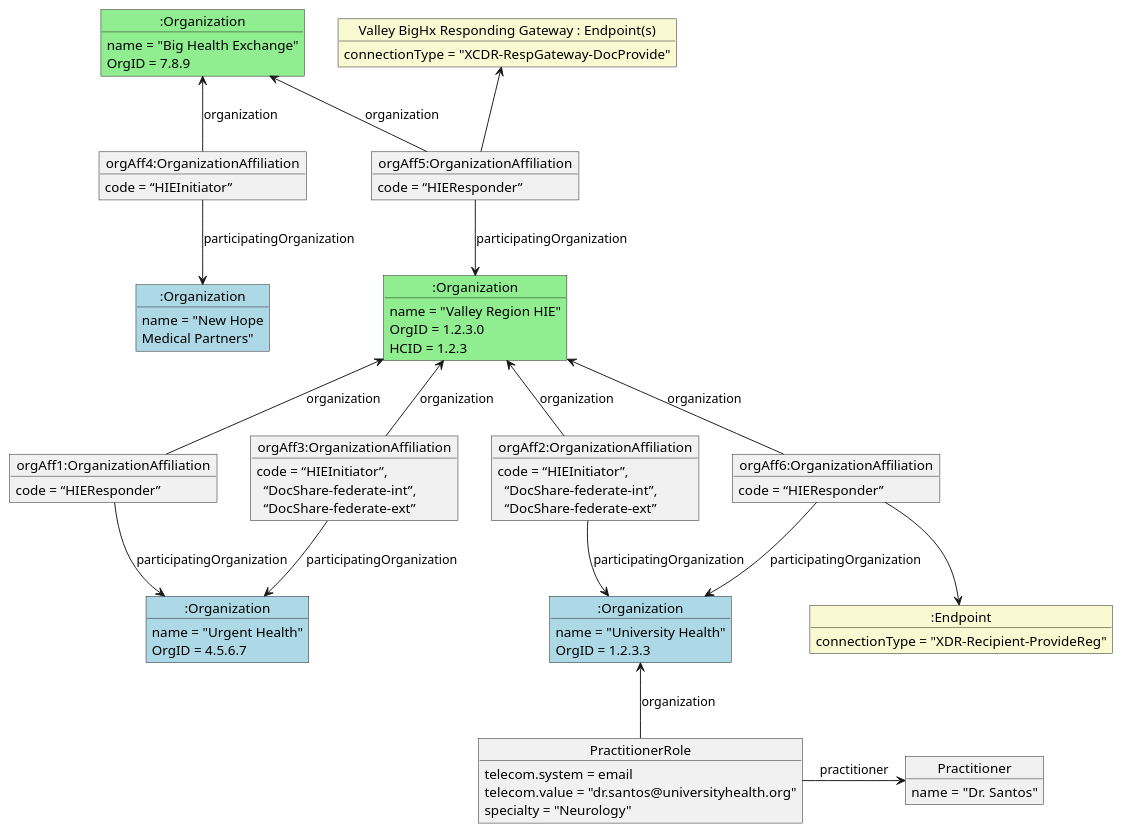
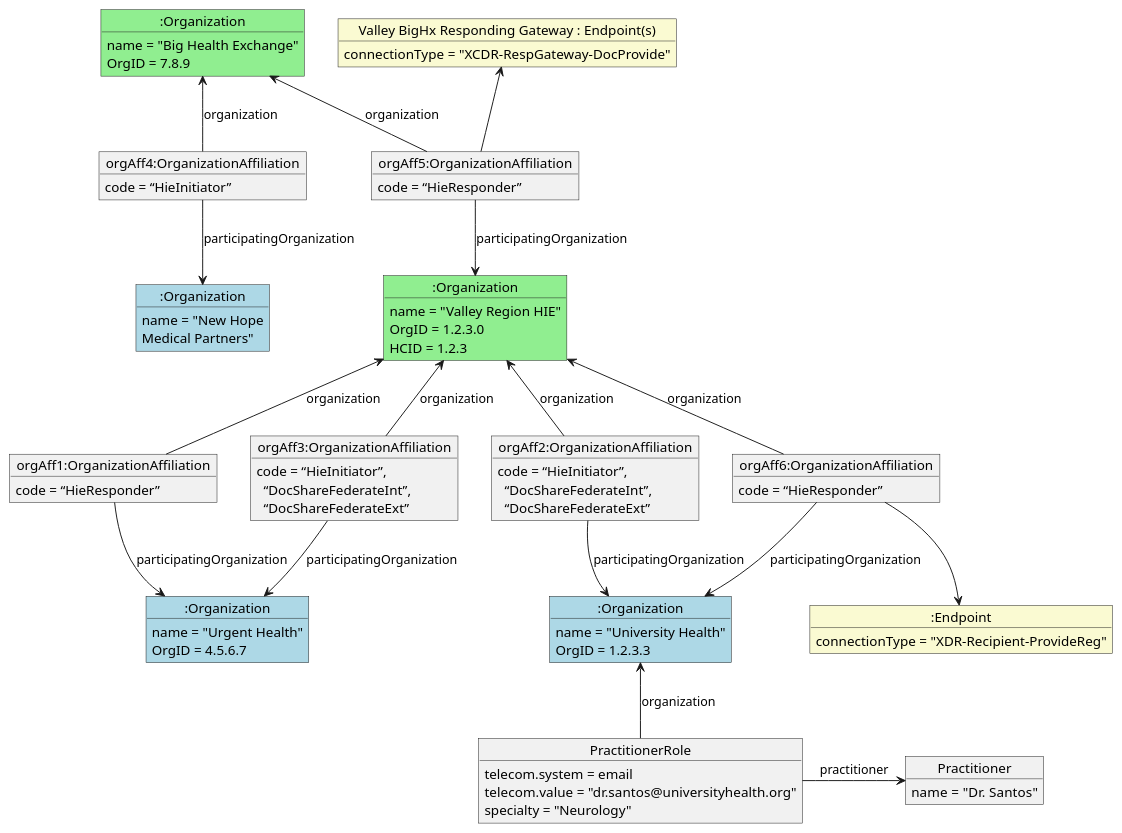
One commit to HL7/fhir-us-ndh changed the diagram in input/images-source/ITI-Comprehensive-multi-perspective.plantuml. Above: the diagram before and after it, drawn with PlantUML. The commit also changed 4 other files, not shown here.

```diff
--- a/input/images-source/ITI-Comprehensive-multi-perspective.plantuml
+++ b/input/images-source/ITI-Comprehensive-multi-perspective.plantuml
@@ -1,71 +1,71 @@
 @startuml
 
 object ":Organization" as nhie #lightgreen
 nhie : name = "Big Health Exchange"
 nhie : OrgID = 7.8.9
 
 object ":Organization" as Partners #LightBlue
 Partners : name = "New Hope\nMedical Partners"
 
 object "orgAff4:OrganizationAffiliation" as OrgAff4
-OrgAff4 : code = “HIEInitiator”
+OrgAff4 : code = “HieInitiator”
 OrgAff4 --> Partners : participatingOrganization
 nhie <-- OrgAff4 : organization
 
 object ":Organization" as hie #lightgreen
 hie : name = "Valley Region HIE"
 hie : OrgID = 1.2.3.0
 hie : HCID = 1.2.3
 
 object "orgAff5:OrganizationAffiliation" as OrgAff5
-OrgAff5 : code = “HIEResponder”
+OrgAff5 : code = “HieResponder”
 OrgAff5 --> hie : participatingOrganization
 nhie <-- OrgAff5 : organization
 
 object "Valley BigHx Responding Gateway : Endpoint(s)" as rg1 #LightGoldenRodYellow
 rg1 : connectionType = "XCDR-RespGateway-DocProvide"
 rg1 <-- OrgAff5
 
 object ":Organization" as OU #LightBlue
 OU : name = "University Health"
 OU : OrgID = 1.2.3.3
 
 object ":Organization" as Urgent #LightBlue
 Urgent : name = "Urgent Health"
 Urgent : OrgID = 4.5.6.7
 
 object "orgAff1:OrganizationAffiliation" as OrgAff1
-OrgAff1 : code = “HIEResponder”
+OrgAff1 : code = “HieResponder”
 OrgAff1 --> Urgent : participatingOrganization
 hie <-- OrgAff1 : organization
 
 object "orgAff2:OrganizationAffiliation" as OrgAff2
-OrgAff2 : code = “HIEInitiator”,\n  “DocShare-federate-int”,\n  “DocShare-federate-ext”
+OrgAff2 : code = “HieInitiator”,\n  “DocShareFederateInt”,\n  “DocShareFederateExt”
 OrgAff2 --> OU : participatingOrganization
 hie <-- OrgAff2 : organization
 
 object "orgAff3:OrganizationAffiliation" as OrgAff3
-OrgAff3 : code = “HIEInitiator”,\n  “DocShare-federate-int”,\n  “DocShare-federate-ext”
+OrgAff3 : code = “HieInitiator”,\n  “DocShareFederateInt”,\n  “DocShareFederateExt”
 OrgAff3 --> Urgent : participatingOrganization
 hie <-- OrgAff3 : organization
 
 object "orgAff6:OrganizationAffiliation" as OrgAff6
-OrgAff6 : code = “HIEResponder”
+OrgAff6 : code = “HieResponder”
 OrgAff6 --> OU : participatingOrganization
 hie <-- OrgAff6 : organization
 
 object ":Endpoint" as con2 #LightGoldenRodYellow
 con2 : connectionType = "XDR-Recipient-ProvideReg"
 OrgAff6 --> con2
 
 object "Practitioner" as Dr
 Dr : name = "Dr. Santos"
 
 object "PractitionerRole" as Pr
 Pr -u-> OU : organization
 Pr -> Dr : practitioner
 Pr : telecom.system = email
 Pr : telecom.value = "dr.santos@universityhealth.org"
 Pr : specialty = "Neurology"
 
 @enduml
```
